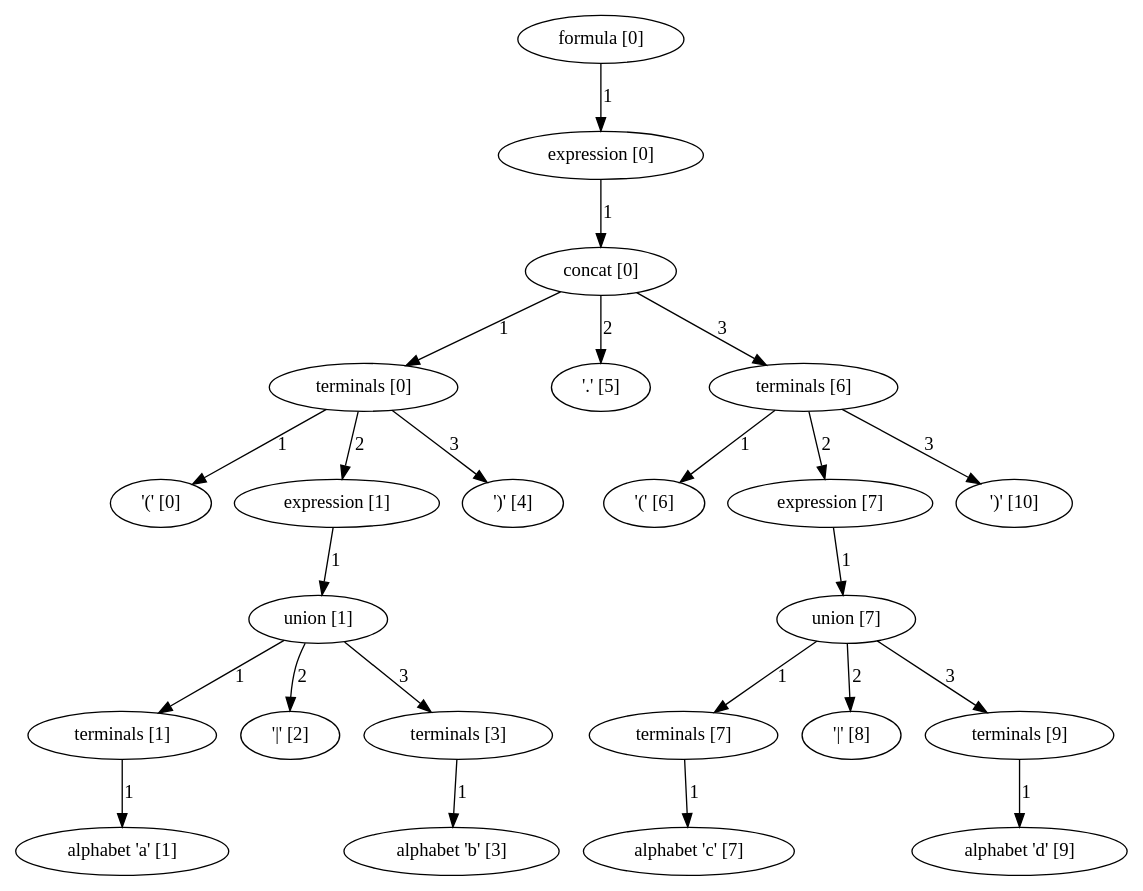
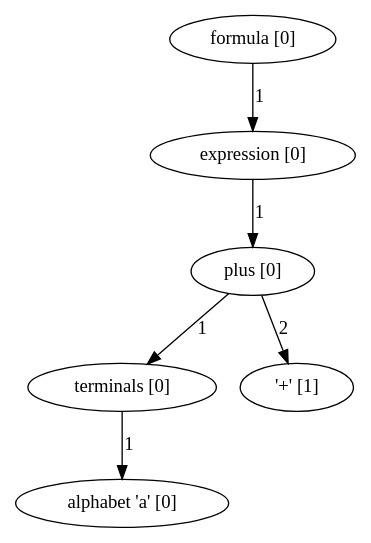
The diagram in formula_parse_tree.dot (yipsimon/DocumentSpanners_MSc), drawn with Graphviz before and after one commit. The commit also changed 2 other files, not shown here.

```diff
--- a/formula_parse_tree.dot
+++ b/formula_parse_tree.dot
@@ -1,72 +1,18 @@
 digraph arpeggio_graph {
-140064326989008 [label="formula [0]"];
-140064326989008->140064326988864 [label="1"]
+140527960809552 [label="formula [0]"];
+140527960809552->140527980699520 [label="1"]
 
-140064326988864 [label="expression [0]"];
-140064326988864->140064326988720 [label="1"]
+140527980699520 [label="expression [0]"];
+140527980699520->140527980699232 [label="1"]
 
-140064326988720 [label="concat [0]"];
-140064326988720->140064326987856 [label="1"]
+140527980699232 [label="plus [0]"];
+140527980699232->140527980699376 [label="1"]
 
-140064326987856 [label="terminals [0]"];
-140064326987856->140064326893152 [label="1"]
+140527980699376 [label="terminals [0]"];
+140527980699376->140527960698704 [label="1"]
 
-140064326893152 [label=" '(' [0]"];
-140064326987856->140064346889680 [label="2"]
+140527960698704 [label="alphabet 'a' [0]"];
+140527980699232->140527960784000 [label="2"]
 
-140064346889680 [label="expression [1]"];
-140064346889680->140064346890112 [label="1"]
-
-140064346890112 [label="union [1]"];
-140064346890112->140064346889824 [label="1"]
-
-140064346889824 [label="terminals [1]"];
-140064346889824->140064326974472 [label="1"]
-
-140064326974472 [label="alphabet 'a' [1]"];
-140064346890112->140064326974592 [label="2"]
-
-140064326974592 [label=" '|' [2]"];
-140064346890112->140064346889968 [label="3"]
-
-140064346889968 [label="terminals [3]"];
-140064346889968->140064326974712 [label="1"]
-
-140064326974712 [label="alphabet 'b' [3]"];
-140064326987856->140064326974352 [label="3"]
-
-140064326974352 [label=" ')' [4]"];
-140064326988720->140064326974832 [label="2"]
-
-140064326974832 [label=" '.' [5]"];
-140064326988720->140064326988576 [label="3"]
-
-140064326988576 [label="terminals [6]"];
-140064326988576->140064326974952 [label="1"]
-
-140064326974952 [label=" '(' [6]"];
-140064326988576->140064326988000 [label="2"]
-
-140064326988000 [label="expression [7]"];
-140064326988000->140064326988432 [label="1"]
-
-140064326988432 [label="union [7]"];
-140064326988432->140064326988144 [label="1"]
-
-140064326988144 [label="terminals [7]"];
-140064326988144->140064326975192 [label="1"]
-
-140064326975192 [label="alphabet 'c' [7]"];
-140064326988432->140064326975312 [label="2"]
-
-140064326975312 [label=" '|' [8]"];
-140064326988432->140064326988288 [label="3"]
-
-140064326988288 [label="terminals [9]"];
-140064326988288->140064326996048 [label="1"]
-
-140064326996048 [label="alphabet 'd' [9]"];
-140064326988576->140064326975072 [label="3"]
-
-140064326975072 [label=" ')' [10]"];
+140527960784000 [label=" '+' [1]"];
 }
```
